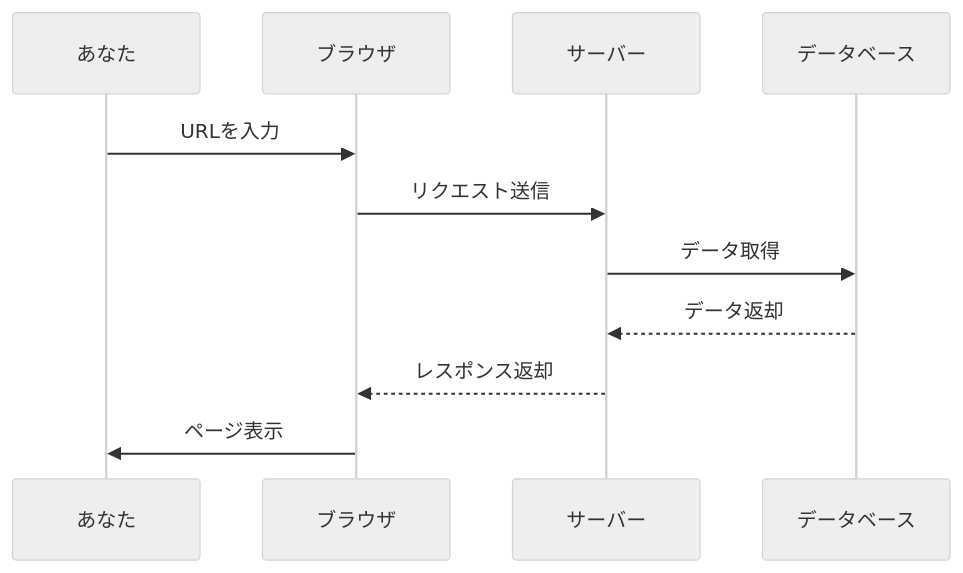
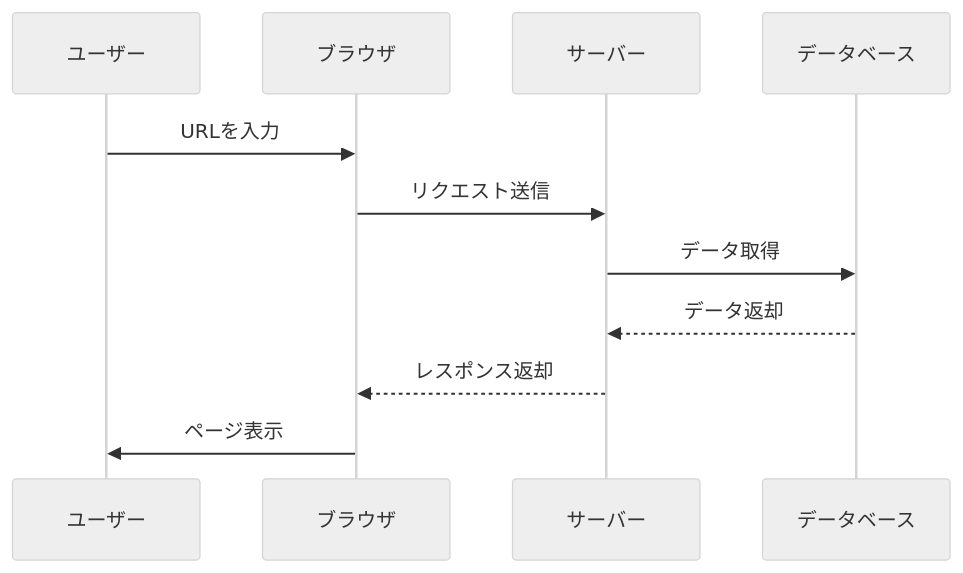
Before and after one commit to dev-fjk/web-app-sample: the first of 4 diagrams in documents/lecture/webapplication.md, drawn with Mermaid (neutral theme). The commit also changed other lines of this file and 12 other files, not shown here.

````diff
--- a/documents/lecture/webapplication.md
+++ b/documents/lecture/webapplication.md
@@ -49,14 +38,14 @@
 ```mermaid
 sequenceDiagram
-    participant User as あなた
+    participant User as ユーザー
     participant Browser as ブラウザ
     participant Server as サーバー
     participant DB as データベース
 
     User->>Browser: URLを入力
     Browser->>Server: リクエスト送信
     Server->>DB: データ取得
     DB-->>Server: データ返却
     Server-->>Browser: レスポンス返却
     Browser->>User: ページ表示
 ```
````
